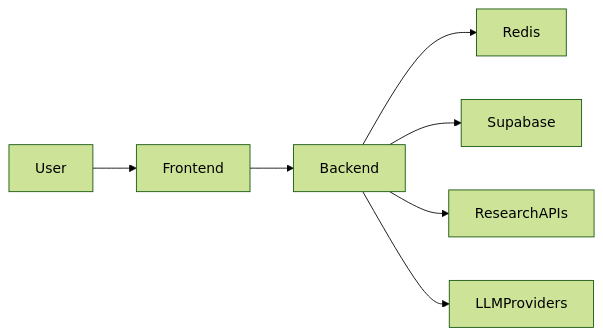
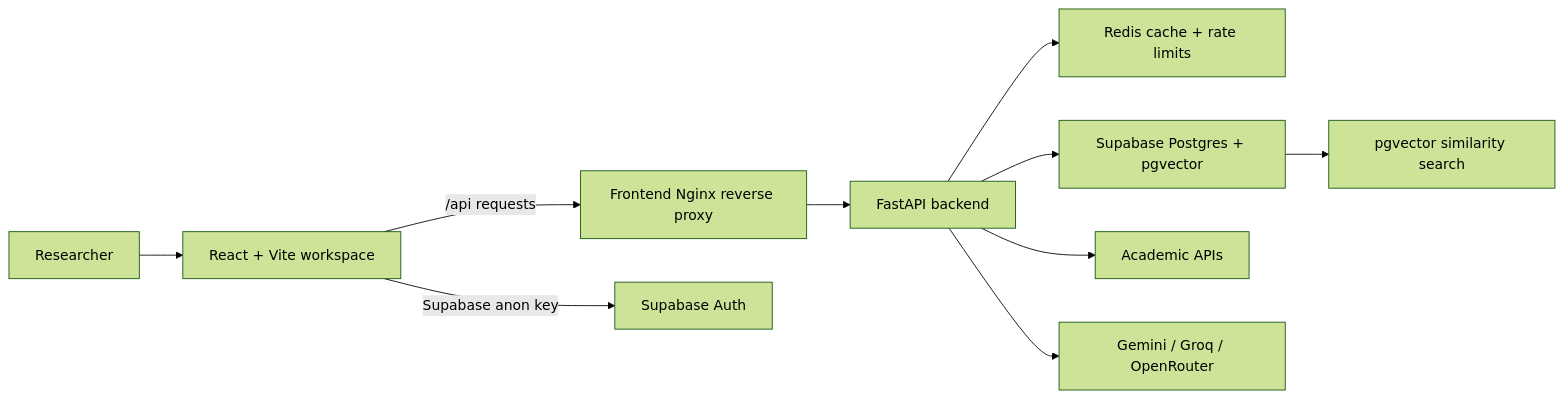
One commit to Aizen-Kira/Multilingual-Research-Discovery-System-using-Hybrid-Search-and-Knowledge-Graph changed the diagram in README.md. Above: the diagram before and after it, drawn with Mermaid (forest theme). The commit also changed other lines of this file, not shown here.

````diff
--- a/README.md
+++ b/README.md
@@ -27,9 +27,12 @@
 ```mermaid
 flowchart LR
-    User --> Frontend
-    Frontend --> Backend
-    Backend --> Redis
-    Backend --> Supabase
-    Backend --> ResearchAPIs
-    Backend --> LLMProviders
+  User["Researcher"] --> Frontend["React + Vite workspace"]
+  Frontend -->|/api requests| Nginx["Frontend Nginx reverse proxy"]
+  Nginx --> Backend["FastAPI backend"]
+  Frontend -->|Supabase anon key| SupabaseAuth["Supabase Auth"]
+  Backend --> Redis["Redis cache + rate limits"]
+  Backend --> Supabase["Supabase Postgres + pgvector"]
+  Backend --> Sources["Academic APIs"]
+  Backend --> LLMs["Gemini / Groq / OpenRouter"]
+  Supabase --> VectorSearch["pgvector similarity search"]
 ```
````
